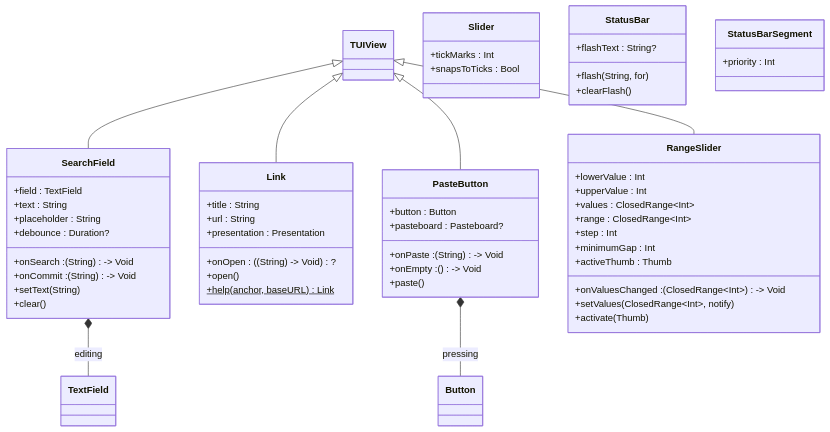
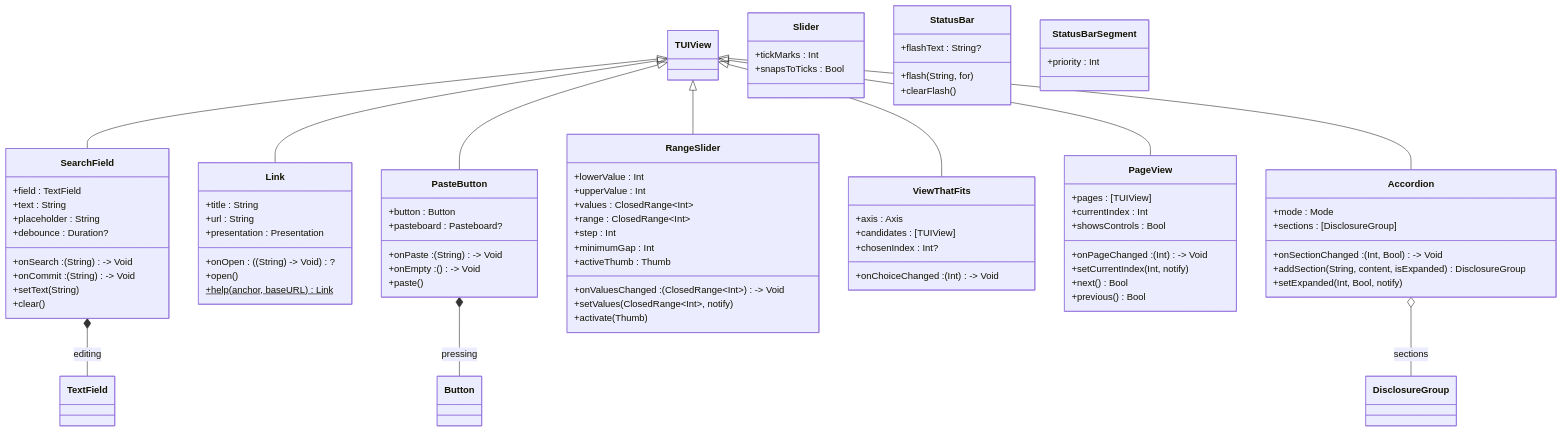
One commit to bobbyski/TUIKit changed the fifth of 5 diagrams in Docs/ControlsUML.md. Above: the diagram before and after it, drawn with Mermaid. The commit also changed 7 other files, not shown here.

First line of the commit message:
Wave A (3/4): ViewThatFits, PageView, Accordion + a Navigation gallery tab

````diff
--- a/Docs/ControlsUML.md
+++ b/Docs/ControlsUML.md
@@ -806,10 +806,39 @@
         +priority : Int
     }
 
+    class ViewThatFits {
+        +axis : Axis
+        +candidates : [TUIView]
+        +chosenIndex : Int?
+        +onChoiceChanged : (Int) -> Void
+    }
+
+    class PageView {
+        +pages : [TUIView]
+        +currentIndex : Int
+        +showsControls : Bool
+        +onPageChanged : (Int) -> Void
+        +setCurrentIndex(Int, notify)
+        +next() Bool
+        +previous() Bool
+    }
+
+    class Accordion {
+        +mode : Mode
+        +sections : [DisclosureGroup]
+        +onSectionChanged : (Int, Bool) -> Void
+        +addSection(String, content, isExpanded) DisclosureGroup
+        +setExpanded(Int, Bool, notify)
+    }
+
     TUIView <|-- SearchField
     TUIView <|-- Link
     TUIView <|-- PasteButton
     TUIView <|-- RangeSlider
+    TUIView <|-- ViewThatFits
+    TUIView <|-- PageView
+    TUIView <|-- Accordion
+    Accordion o-- DisclosureGroup : sections
     SearchField *-- TextField : editing
     PasteButton *-- Button : pressing
 ```
````
